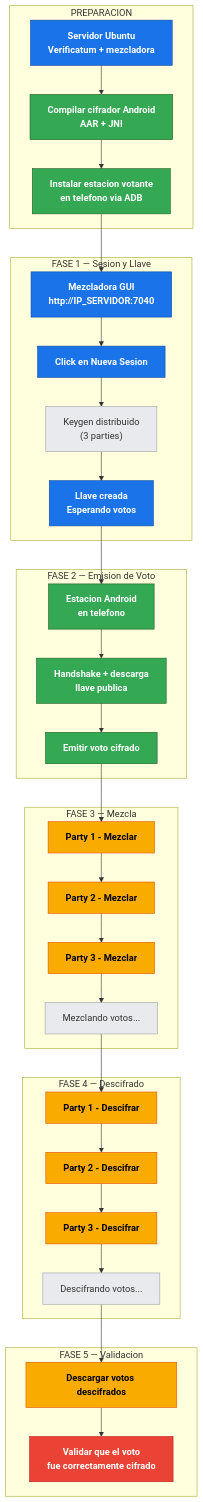
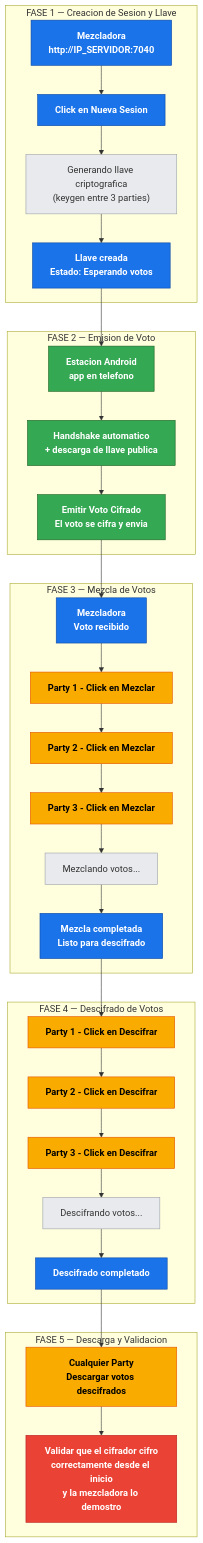
Before and after one commit to rmartinezch/ElGamalClient: the fourth of 4 diagrams in README.md, drawn with Mermaid. The commit also changed other lines of this file and 1 other file, not shown here.

First line of the commit message:
docs: enriquecer guia Android con config telefono, prueba operativa detallada y fix activity launch

````diff
--- a/README.md
+++ b/README.md
@@ -1445,58 +1638,51 @@
 ```mermaid
 flowchart TD
     classDef mezcladora fill:#1a73e8,stroke:#0d47a1,color:#fff,font-weight:bold
     classDef estacion fill:#34a853,stroke:#1b5e20,color:#fff,font-weight:bold
     classDef party fill:#f9ab00,stroke:#e65100,color:#000,font-weight:bold
     classDef espera fill:#e8eaed,stroke:#9aa0a6,color:#333
     classDef resultado fill:#ea4335,stroke:#b71c1c,color:#fff,font-weight:bold
 
-    subgraph PREP["PREPARACION"]
-        SRV["Servidor Ubuntu<br/>Verificatum + mezcladora"]:::mezcladora
-        BUILD["Compilar cifrador Android<br/>AAR + JNI"]:::estacion
-        INSTALL["Instalar estacion votante<br/>en telefono via ADB"]:::estacion
-        SRV --> BUILD --> INSTALL
-    end
-
-    subgraph FASE1["FASE 1 — Sesion y Llave"]
-        M1["Mezcladora GUI<br/>http://IP_SERVIDOR:7040"]:::mezcladora
+    subgraph FASE1["FASE 1 — Creacion de Sesion y Llave"]
+        M1["Mezcladora<br/>http://IP_SERVIDOR:7040"]:::mezcladora
         M2["Click en Nueva Sesion"]:::mezcladora
-        M3["Keygen distribuido<br/>(3 parties)"]:::espera
-        M4["Llave creada<br/>Esperando votos"]:::mezcladora
+        M3["Generando llave criptografica<br/>(keygen entre 3 parties)"]:::espera
+        M4["Llave creada<br/>Estado: Esperando votos"]:::mezcladora
         M1 --> M2 --> M3 --> M4
     end
 
     subgraph FASE2["FASE 2 — Emision de Voto"]
-        E1["Estacion Android<br/>en telefono"]:::estacion
-        E2["Handshake + descarga<br/>llave publica"]:::estacion
-        E3["Emitir voto cifrado"]:::estacion
+        E1["Estacion Android<br/>app en telefono"]:::estacion
+        E2["Handshake automatico<br/>+ descarga de llave publica"]:::estacion
+        E3["Emitir Voto Cifrado<br/>El voto se cifra y envia"]:::estacion
         E1 --> E2 --> E3
     end
 
-    subgraph FASE3["FASE 3 — Mezcla"]
-        P1M["Party 1 - Mezclar"]:::party
-        P2M["Party 2 - Mezclar"]:::party
-        P3M["Party 3 - Mezclar"]:::party
+    subgraph FASE3["FASE 3 — Mezcla de Votos"]
+        MR["Mezcladora<br/>Voto recibido"]:::mezcladora
+        P1M["Party 1 - Click en Mezclar"]:::party
+        P2M["Party 2 - Click en Mezclar"]:::party
+        P3M["Party 3 - Click en Mezclar"]:::party
         MW["Mezclando votos..."]:::espera
-        P1M --> P2M --> P3M --> MW
+        MD["Mezcla completada<br/>Listo para descifrado"]:::mezcladora
+        MR --> P1M --> P2M --> P3M --> MW --> MD
     end
 
-    subgraph FASE4["FASE 4 — Descifrado"]
-        P1D["Party 1 - Descifrar"]:::party
-        P2D["Party 2 - Descifrar"]:::party
-        P3D["Party 3 - Descifrar"]:::party
+    subgraph FASE4["FASE 4 — Descifrado de Votos"]
+        P1D["Party 1 - Click en Descifrar"]:::party
+        P2D["Party 2 - Click en Descifrar"]:::party
+        P3D["Party 3 - Click en Descifrar"]:::party
         DW["Descifrando votos..."]:::espera
-        P1D --> P2D --> P3D --> DW
+        DD["Descifrado completado"]:::mezcladora
+        MD --> P1D --> P2D --> P3D --> DW --> DD
     end
 
-    subgraph FASE5["FASE 5 — Validacion"]
-        DL["Descargar votos descifrados"]:::party
-        VL["Validar que el voto<br/>fue correctamente cifrado"]:::resultado
-        DL --> VL
+    subgraph FASE5["FASE 5 — Descarga y Validacion"]
+        DL["Cualquier Party<br/>Descargar votos descifrados"]:::party
+        VL["Validar que el cifrador cifro<br/>correctamente desde el inicio<br/>y la mezcladora lo demostro"]:::resultado
+        DD --> DL --> VL
     end
 
-    INSTALL --> M1
     M4 --> E1
-    E3 --> P1M
-    MW --> P1D
-    DW --> DL
+    E3 --> MR
 ```
````
